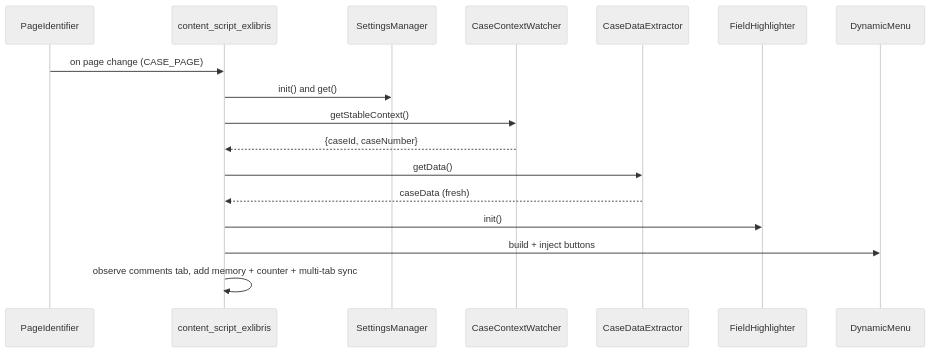
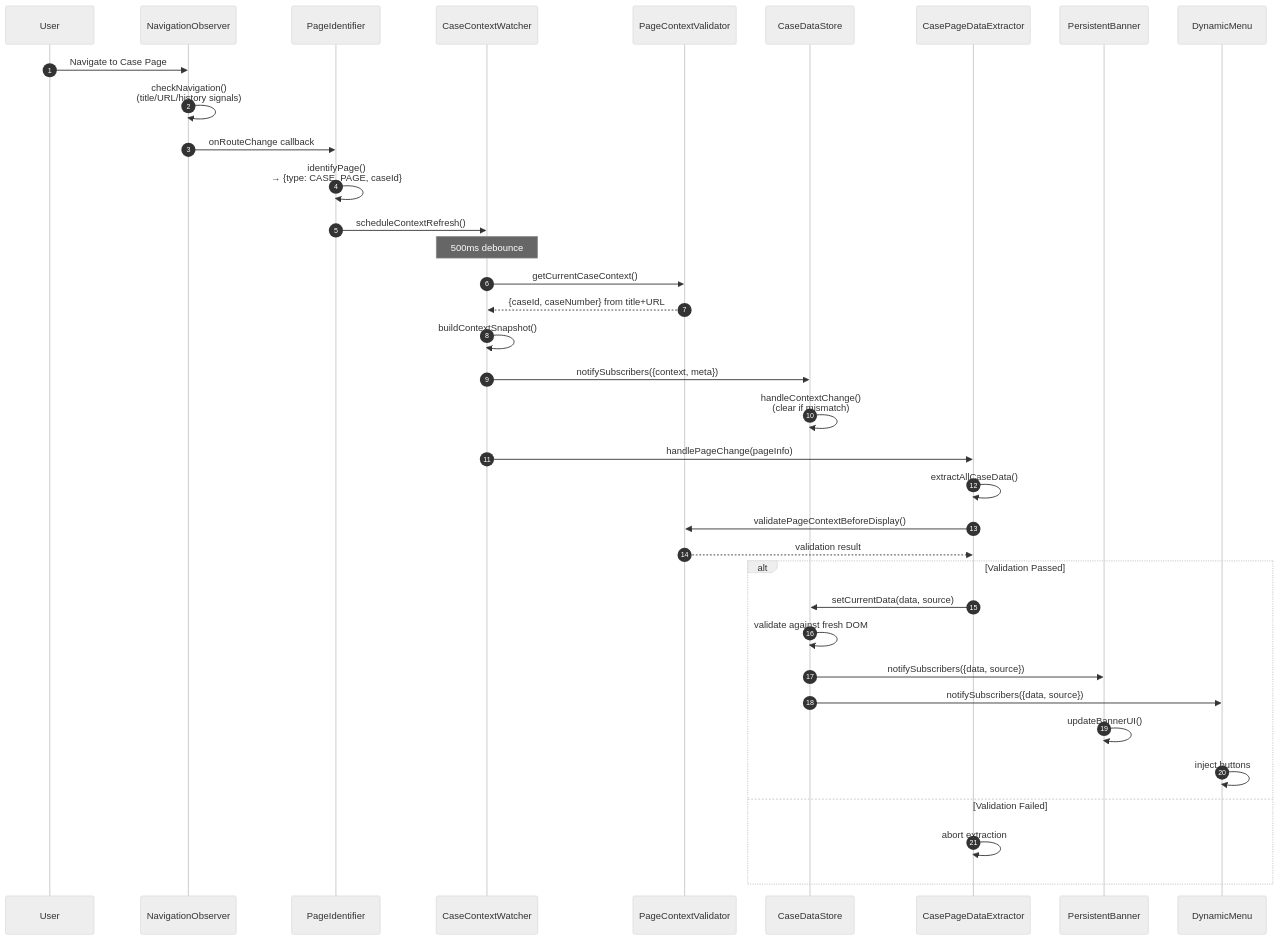
One commit to faaizhipa/forceUp changed the second of 11 diagrams in explanation.md. Above: the diagram before and after it, drawn with Mermaid (neutral theme). The commit also changed other lines of this file and 44 other files, not shown here.

````diff
--- a/explanation.md
+++ b/explanation.md
@@ -71,20 +255,44 @@
 ```mermaid
 sequenceDiagram
-   participant PI as PageIdentifier
-   participant EX as content_script_exlibris
-   participant SM as SettingsManager
-   participant CW as CaseContextWatcher
-   participant DE as CaseDataExtractor
-   participant FH as FieldHighlighter
-   participant DM as DynamicMenu
+    autonumber
+    participant User
+    participant NO as NavigationObserver
+    participant PI as PageIdentifier
+    participant CCW as CaseContextWatcher
+    participant PCV as PageContextValidator
+    participant CDS as CaseDataStore
+    participant CPDE as CasePageDataExtractor
+    participant PB as PersistentBanner
+    participant DM as DynamicMenu
 
-   PI->>EX: on page change (CASE_PAGE)
-   EX->>SM: init() and get()
-   EX->>CW: getStableContext()
-   CW-->>EX: {caseId, caseNumber}
-   EX->>DE: getData()
-   DE-->>EX: caseData (fresh)
-   EX->>FH: init()
-   EX->>DM: build + inject buttons
-   EX->>EX: observe comments tab, add memory + counter + multi-tab sync
+    User->>NO: Navigate to Case Page
+    NO->>NO: checkNavigation()<br/>(title/URL/history signals)
+    NO->>PI: onRouteChange callback
+    PI->>PI: identifyPage()<br/>→ {type: CASE_PAGE, caseId}
+    PI->>CCW: scheduleContextRefresh()
+    
+    Note over CCW: 500ms debounce
+    
+    CCW->>PCV: getCurrentCaseContext()
+    PCV-->>CCW: {caseId, caseNumber} from title+URL
+    CCW->>CCW: buildContextSnapshot()
+    CCW->>CDS: notifySubscribers({context, meta})
+    
+    CDS->>CDS: handleContextChange()<br/>(clear if mismatch)
+    
+    CCW->>CPDE: handlePageChange(pageInfo)
+    CPDE->>CPDE: extractAllCaseData()
+    CPDE->>PCV: validatePageContextBeforeDisplay()
+    PCV-->>CPDE: validation result
+    
+    alt Validation Passed
+        CPDE->>CDS: setCurrentData(data, source)
+        CDS->>CDS: validate against fresh DOM
+        CDS->>PB: notifySubscribers({data, source})
+        CDS->>DM: notifySubscribers({data, source})
+        PB->>PB: updateBannerUI()
+        DM->>DM: inject buttons
+    else Validation Failed
+        CPDE->>CPDE: abort extraction
+    end
 ```
````
